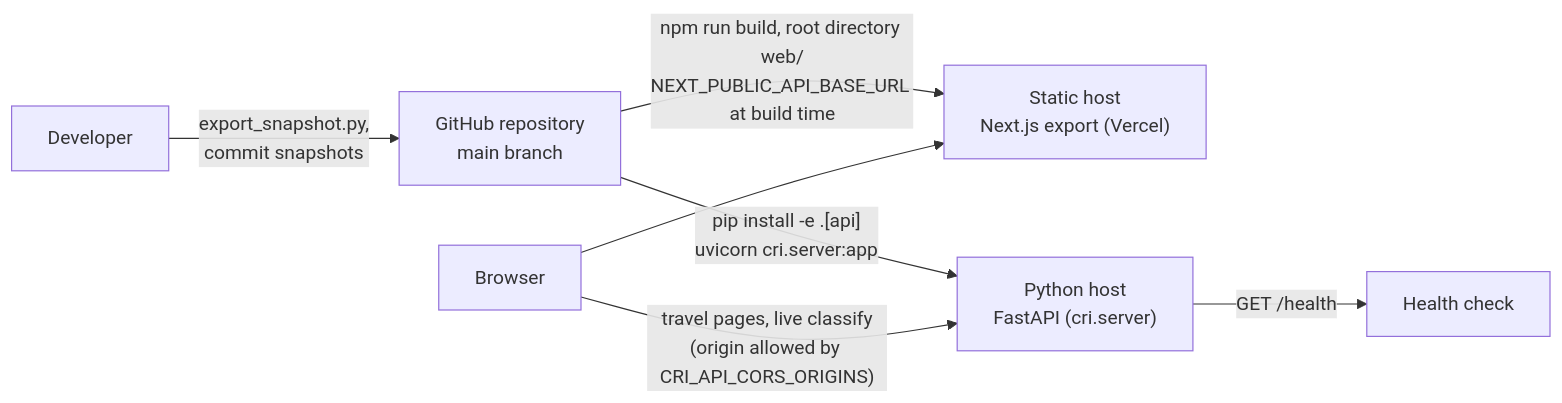
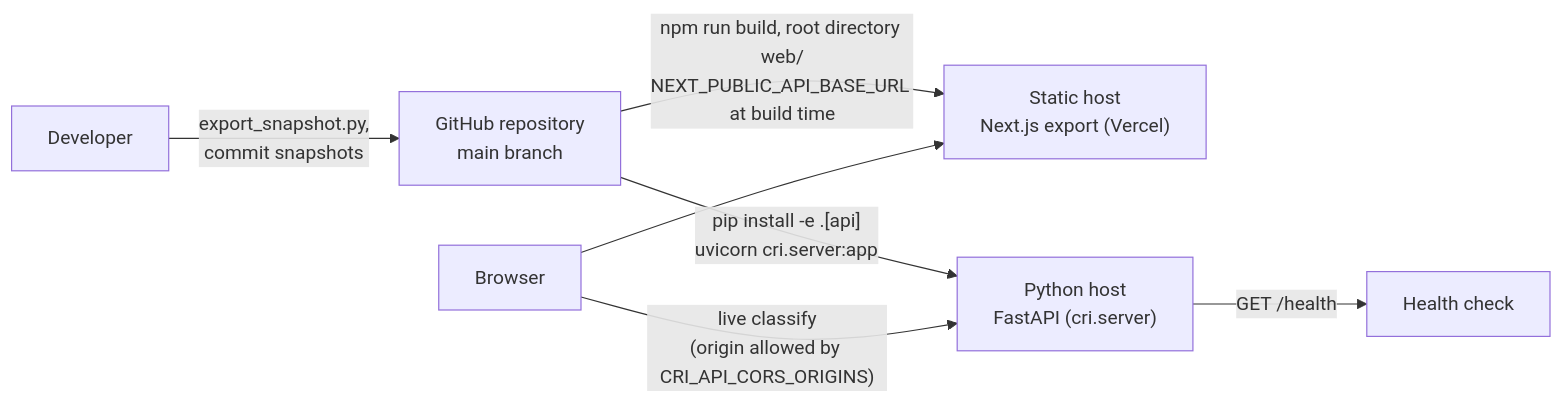
The tenth of 10 diagrams in README.md (AnubhavKiroula/cluster-review-intelligence), drawn with Mermaid before and after one commit. The commit also changed other lines of this file and 5 other files, not shown here.

````diff
--- a/README.md
+++ b/README.md
@@ -690,9 +575,9 @@
 ```mermaid
 flowchart LR
     DEV["Developer"] -- "export_snapshot.py,<br/>commit snapshots" --> GH["GitHub repository<br/>main branch"]
     GH -- "npm run build, root directory web/<br/>NEXT_PUBLIC_API_BASE_URL at build time" --> WEBH["Static host<br/>Next.js export (Vercel)"]
     GH -- "pip install -e .[api]<br/>uvicorn cri.server:app" --> APIH["Python host<br/>FastAPI (cri.server)"]
     USER["Browser"] --> WEBH
-    USER -- "travel pages, live classify<br/>(origin allowed by CRI_API_CORS_ORIGINS)" --> APIH
+    USER -- "live classify<br/>(origin allowed by CRI_API_CORS_ORIGINS)" --> APIH
     APIH -- "GET /health" --> HC["Health check"]
 ```
````
